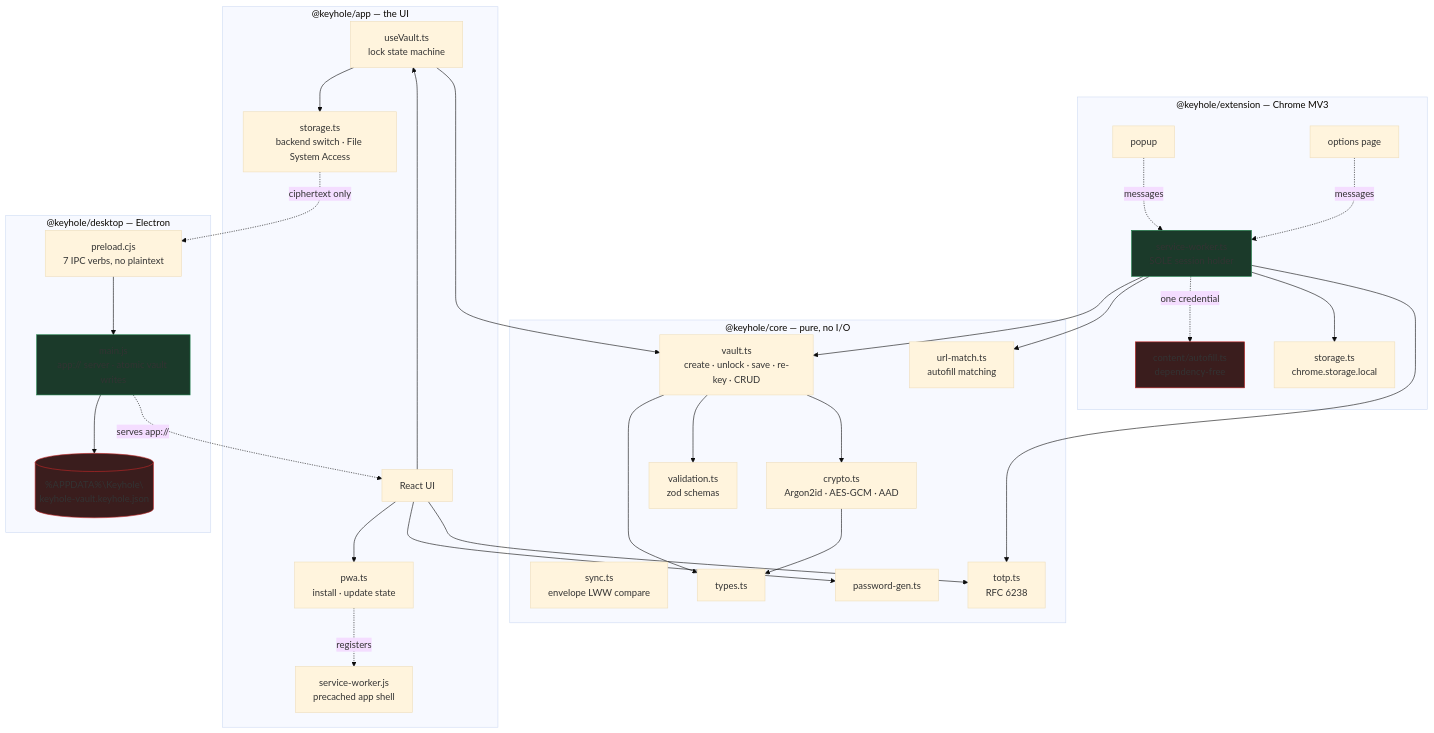
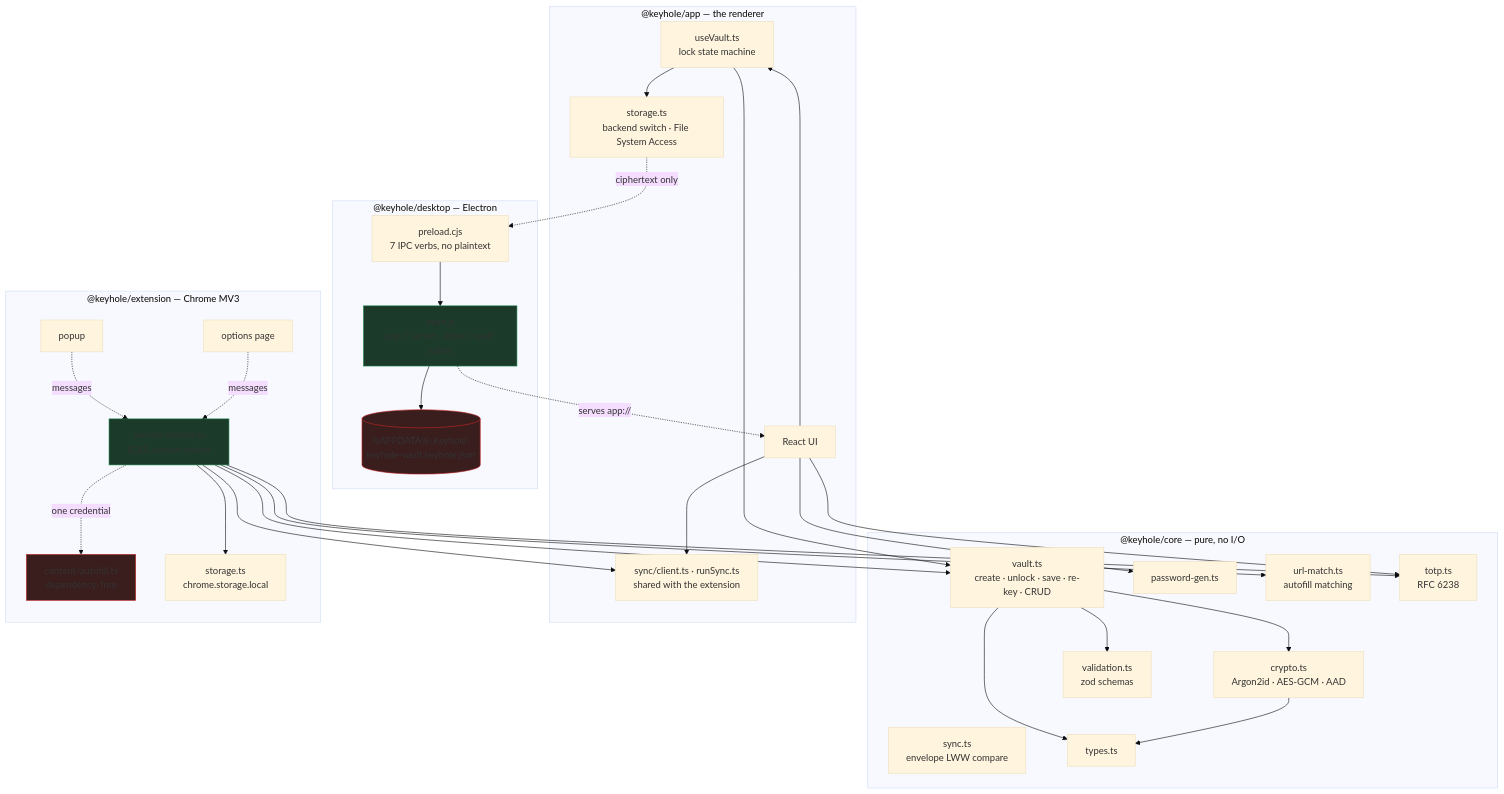
One commit to m1hung/KeyHole changed the first of 6 diagrams in ARCHITECTURE.md. Above: the diagram before and after it, drawn with Mermaid (base theme). The commit also changed other lines of this file and 22 other files, not shown here.

````diff
--- a/ARCHITECTURE.md
+++ b/ARCHITECTURE.md
@@ -5,66 +5,65 @@
 ```mermaid
 graph TD
   subgraph core["@keyhole/core — pure, no I/O"]
     crypto["crypto.ts<br/>Argon2id · AES-GCM · AAD"]
     vault["vault.ts<br/>create · unlock · save · re-key · CRUD"]
     sync["sync.ts<br/>envelope LWW compare"]
     types["types.ts"]
     validation["validation.ts<br/>zod schemas"]
     gen["password-gen.ts"]
     urlmatch["url-match.ts<br/>autofill matching"]
     totp["totp.ts<br/>RFC 6238"]
   end
 
-  subgraph app["@keyhole/app — the UI"]
+  subgraph app["@keyhole/app — the renderer"]
     useVault["useVault.ts<br/>lock state machine"]
     appStorage["storage.ts<br/>backend switch · File System Access"]
     appUI["React UI"]
-    pwa["pwa.ts<br/>install · update state"]
-    shell["service-worker.js<br/>precached app shell"]
+    syncClient["sync/client.ts · runSync.ts<br/>shared with the extension"]
   end
 
   subgraph desktop["@keyhole/desktop — Electron"]
     main["main.js<br/>app:// server · atomic vault writes"]
     preload["preload.cjs<br/>7 IPC verbs, no plaintext"]
     vaultFile[("%APPDATA%\Keyhole\<br/>keyhole-vault.keyhole.json")]
   end
 
   subgraph ext["@keyhole/extension — Chrome MV3"]
     sw["service-worker.ts<br/>SOLE session holder"]
     popup["popup"]
     options["options page"]
     content["content/autofill.ts<br/>dependency-free"]
     extStorage["storage.ts<br/>chrome.storage.local"]
   end
 
   vault --> crypto
   vault --> validation
   vault --> types
   crypto --> types
 
   useVault --> vault
   useVault --> appStorage
   appUI --> useVault
   appUI --> gen
   appUI --> totp
-  appUI --> pwa
-  pwa -.registers.-> shell
+  appUI --> syncClient
 
   appStorage -.ciphertext only.-> preload
   preload --> main
   main --> vaultFile
   main -.serves app:// .-> appUI
 
   sw --> vault
   sw --> urlmatch
   sw --> totp
   sw --> extStorage
+  sw --> syncClient
   popup -.messages.-> sw
   options -.messages.-> sw
   sw -.one credential.-> content
 
   style content fill:#3a1d1d,stroke:#c62828
   style sw fill:#1b3a2a,stroke:#1b7f47
   style main fill:#1b3a2a,stroke:#1b7f47
   style vaultFile fill:#3a1d1d,stroke:#c62828
 ```
````
